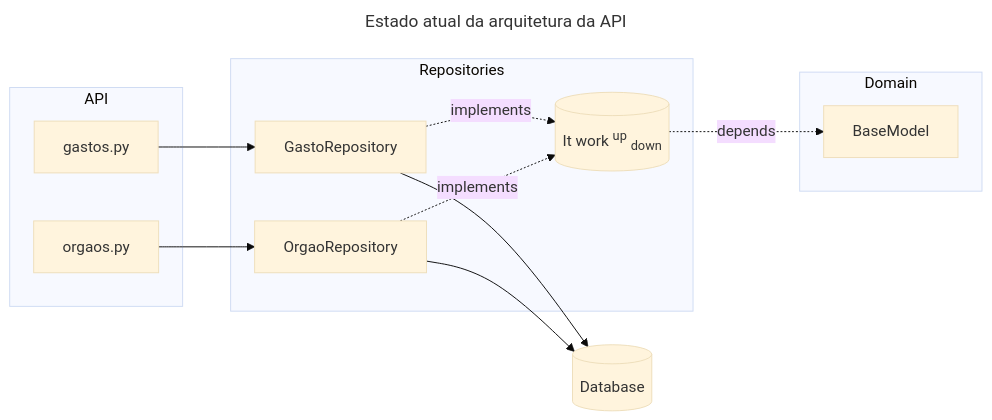
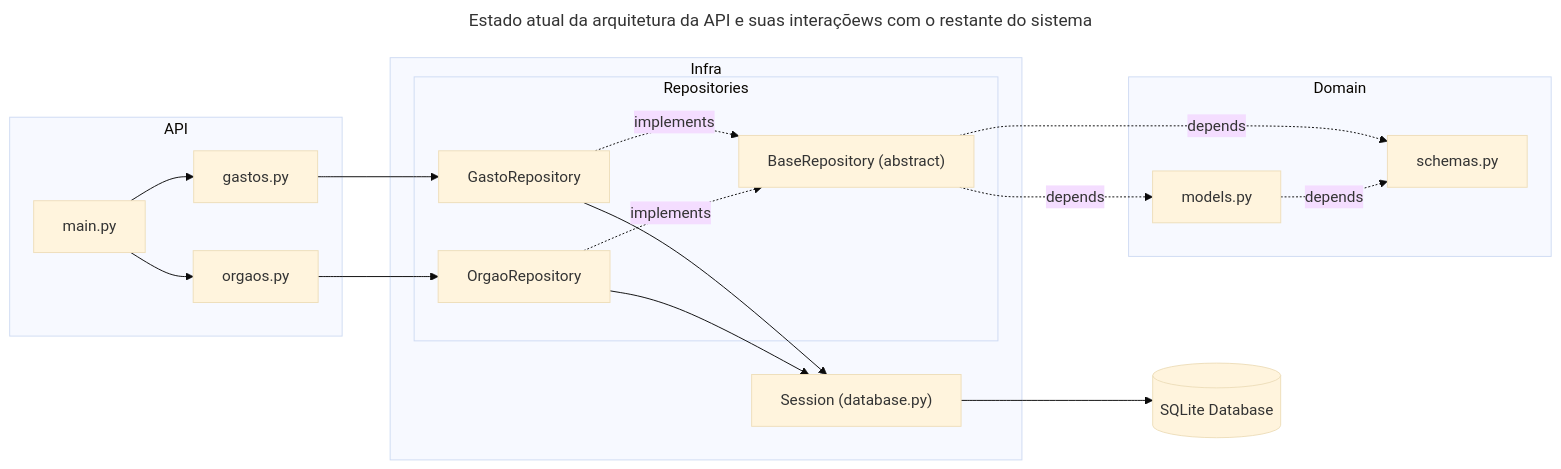
One commit to edufcarvalho/hat-hiring-challenge changed the second of 2 diagrams in challenge-01-acessibilidade/README_CANDIDATO.md. Above: the diagram before and after it, drawn with Mermaid (base theme). The commit also changed other lines of this file, not shown here.

Commit message:
challenge: add new diagram and reorganize README

````diff
--- a/challenge-01-acessibilidade/README_CANDIDATO.md
+++ b/challenge-01-acessibilidade/README_CANDIDATO.md
@@ -56,34 +187,43 @@
 ```mermaid
 ---
-title: Estado atual da arquitetura da API
+title: Estado atual da arquitetura da API e suas interaçõews com o restante do sistema
 ---
 flowchart LR
     subgraph API
+        M["main.py"]
         A["gastos.py"]
         B["orgaos.py"]
     end
 
     subgraph Domain
-
-      G["BaseModel"]
+      G["models.py"]
+      Z["schemas.py"]
     end
 
-    subgraph Repositories
-      D["BaseRepository (abstract)"]
-      E["GastoRepository"]
-      F["OrgaoRepository"]
+    subgraph Infra
+      subgraph Repositories
+        D["BaseRepository (abstract)"]
+        E["GastoRepository"]
+        F["OrgaoRepository"]
+      end
+
+      J["Session (database.py)"]
     end
-    DB[("Database")]
+    DB[("SQLite Database")]
 
     A --> E
     B --> F
 
     E -.->|implements| D
     F -.->|implements| D
 
-    E --> DB
-    F --> DB
+    E --> J
+    F --> J
 
+    M -->A
+    M -->B
+    J -->DB
     D -.->|depends| G
-    D[("It work <sup>up</sup> <sub>down</sub>")]
+    D -.->|depends| Z
+    G -.->|depends| Z
 ```
````
